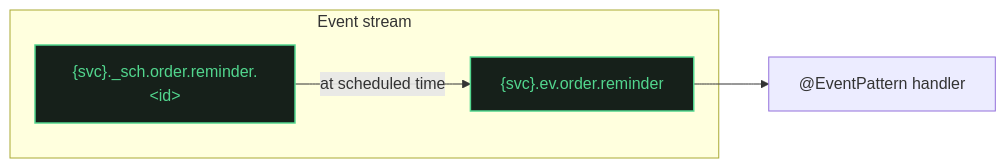
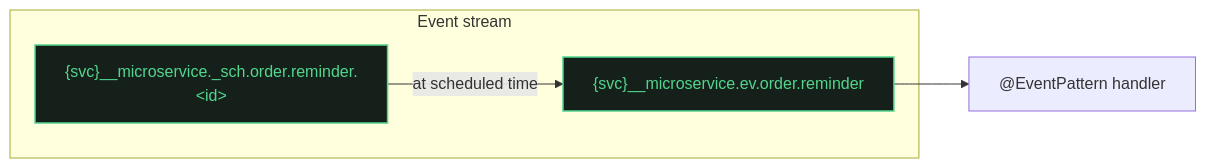
Before and after one commit to HorizonRepublic/nestjs-jetstream: the diagram in website/docs/guides/scheduling.md, drawn with Mermaid. The commit also changed other lines of this file and 168 other files, not shown here.

````diff
--- a/website/docs/guides/scheduling.md
+++ b/website/docs/guides/scheduling.md
@@ -78,13 +78,13 @@
 ```mermaid
 flowchart LR
     subgraph stream["Event stream"]
-        sch["{svc}._sch.order.reminder.&lt;id&gt;"]
-        ev["{svc}.ev.order.reminder"]
+        sch["{svc}__microservice._sch.order.reminder.&lt;id&gt;"]
+        ev["{svc}__microservice.ev.order.reminder"]
     end
 
     sch -- "at scheduled time" --> ev
     ev --> handler["@EventPattern handler"]
 
     classDef lib fill:#16201a,stroke:#52d68e,stroke-width:1.5px,color:#52d68e;
     class sch,ev lib;
 ```
````
